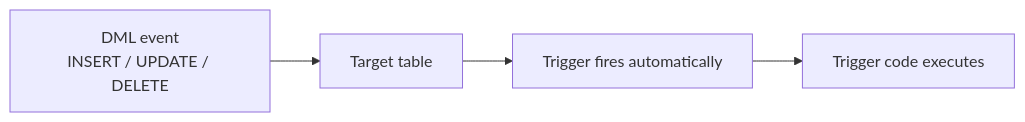
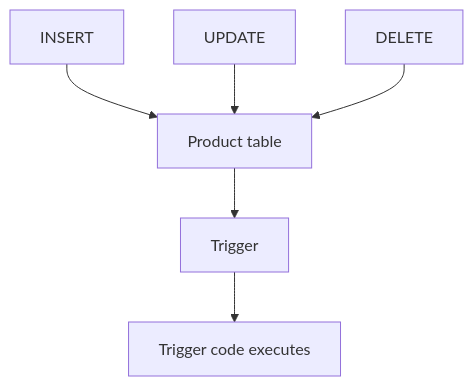
Before and after one commit to tjovic/database-design-labs-public: the third of 22 diagrams in labs/lab02-triggers.md, drawn with Mermaid. The commit also changed other lines of this file, not shown here.

````diff
--- a/labs/lab02-triggers.md
+++ b/labs/lab02-triggers.md
@@ -53,11 +106,15 @@
 ```mermaid
-flowchart LR
-    A["DML event<br/>INSERT / UPDATE / DELETE"]
-    B["Target table"]
-    C["Trigger fires automatically"]
-    D["Trigger code executes"]
+flowchart TD
+    A["Product table"]
 
-    A --> B
-    B --> C
-    C --> D
+    B["INSERT"]
+    C["UPDATE"]
+    D["DELETE"]
+
+    B --> A
+    C --> A
+    D --> A
+
+    A --> E["Trigger"]
+    E --> F["Trigger code executes"]
 ```
````
